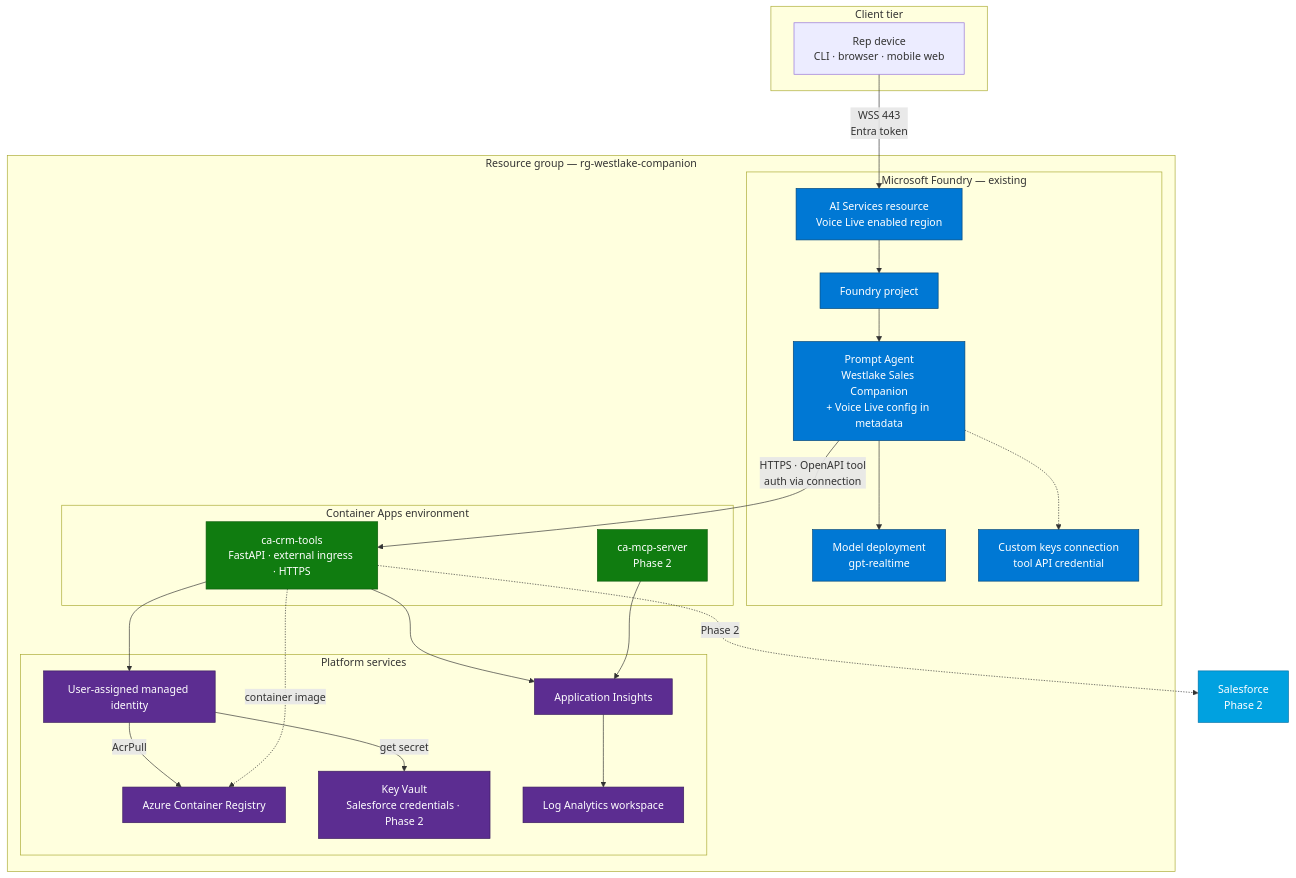
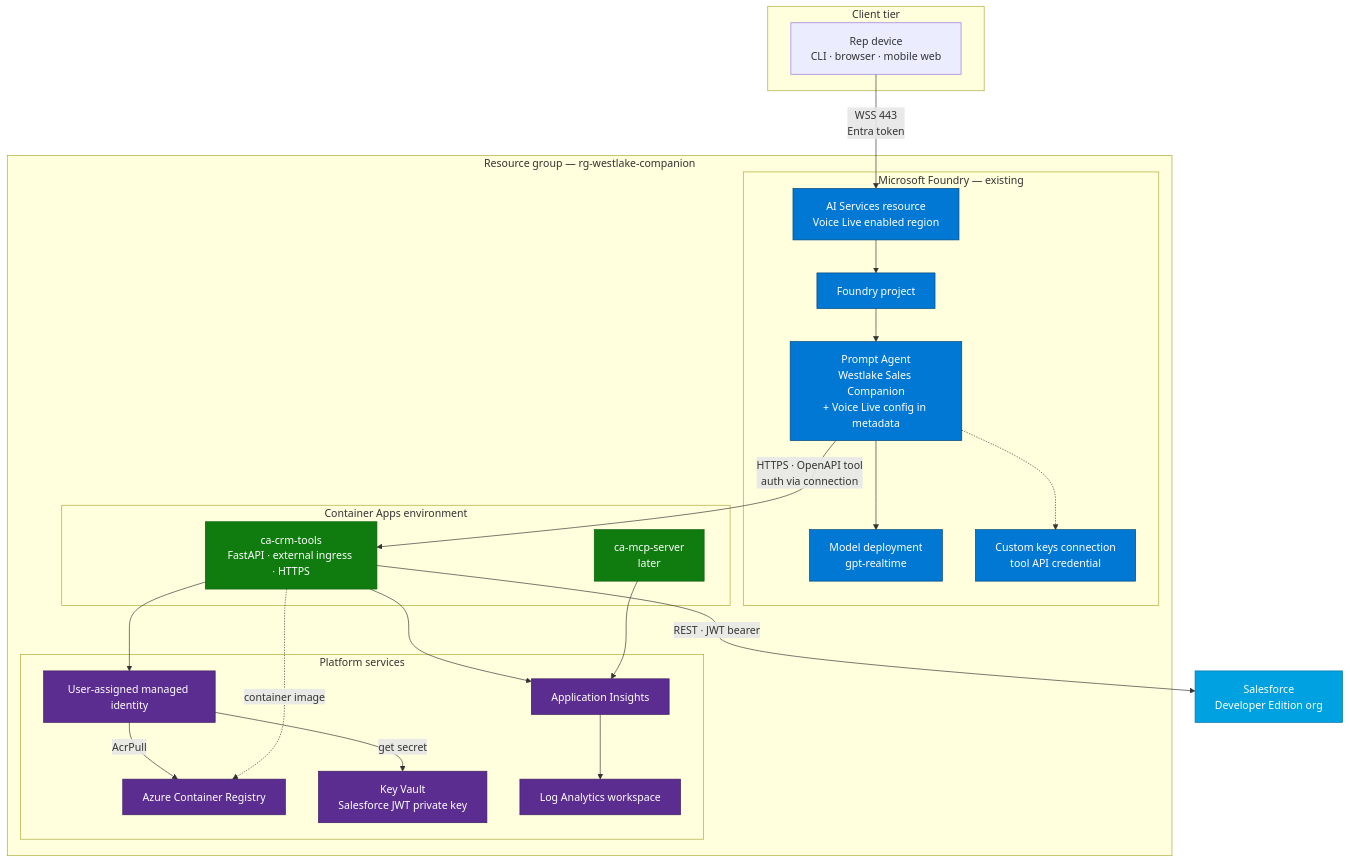
Before and after one commit to mikefelder/foundry-voice-agent-crm-poc: the sixth of 7 diagrams in README.md, drawn with Mermaid. The commit also changed other lines of this file, not shown here.

Commit message:
Update README to reflect live Salesforce integration and enhance documentation clarity

````diff
--- a/README.md
+++ b/README.md
@@ -264,55 +392,55 @@
 ```mermaid
 graph TB
     subgraph Edge["Client tier"]
         DEV["Rep device<br/>CLI · browser · mobile web"]
     end
 
     subgraph RG["Resource group — rg-westlake-companion"]
         subgraph AI["Microsoft Foundry — existing"]
             FRES["AI Services resource<br/>Voice Live enabled region"]
             PROJ["Foundry project"]
             AGT["Prompt Agent<br/>Westlake Sales Companion<br/>+ Voice Live config in metadata"]
             MDL["Model deployment<br/>gpt-realtime"]
             CONN["Custom keys connection<br/>tool API credential"]
         end
 
         subgraph COMPUTE["Container Apps environment"]
             CAPP["ca-crm-tools<br/>FastAPI · external ingress · HTTPS"]
-            CMCP["ca-mcp-server<br/>Phase 2"]
+            CMCP["ca-mcp-server<br/>later"]
         end
 
         subgraph SUPPORT["Platform services"]
             ACR["Azure Container Registry"]
             UAMI["User-assigned managed identity"]
-            KVLT["Key Vault<br/>Salesforce credentials · Phase 2"]
+            KVLT["Key Vault<br/>Salesforce JWT private key"]
             LAW["Log Analytics workspace"]
             APPI["Application Insights"]
         end
     end
 
-    SFDC["Salesforce<br/>Phase 2"]
+    SFDC["Salesforce<br/>Developer Edition org"]
 
     DEV -->|"WSS 443<br/>Entra token"| FRES
     FRES --> PROJ
     PROJ --> AGT
     AGT --> MDL
     AGT -->|"HTTPS · OpenAPI tool<br/>auth via connection"| CAPP
     AGT -.-> CONN
     CAPP --> UAMI
     UAMI -->|"AcrPull"| ACR
     UAMI -->|"get secret"| KVLT
-    CAPP -.->|"Phase 2"| SFDC
+    CAPP -->|"REST · JWT bearer"| SFDC
     CAPP --> APPI
     CMCP --> APPI
     APPI --> LAW
     CAPP -.->|"container image"| ACR
 
     classDef foundry fill:#0078D4,stroke:#004578,color:#fff
     classDef compute fill:#107C10,stroke:#0B5A0B,color:#fff
     classDef platform fill:#5C2D91,stroke:#3B1D5E,color:#fff
     classDef ext fill:#00A1E0,stroke:#0071A8,color:#fff
     class FRES,PROJ,AGT,MDL,CONN foundry
     class CAPP,CMCP compute
     class ACR,UAMI,KVLT,LAW,APPI platform
     class SFDC ext
 ```
````
